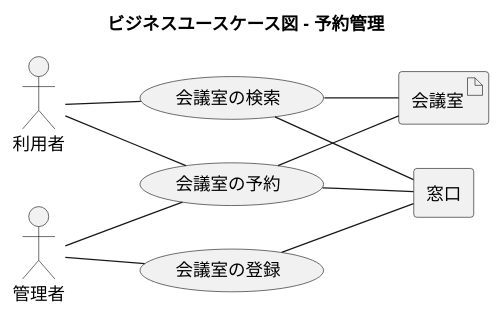
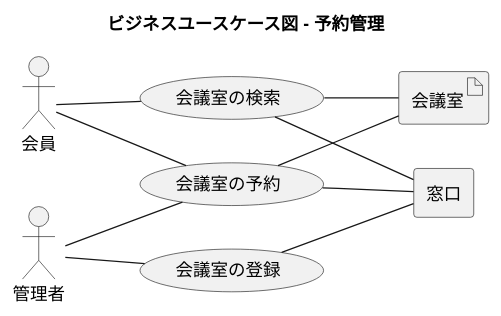
One commit to k2works/case-study-mrs changed the fifth of 19 diagrams in docs/index.adoc. Above: the diagram before and after it, drawn with PlantUML. The commit also changed other lines of this file and 21 other files, not shown here.

```diff
--- a/docs/index.adoc
+++ b/docs/index.adoc
@@ -149,32 +164,32 @@
 [plantuml]
 ----
 @startuml
 
 title ビジネスユースケース図 - 予約管理
 
 left to right direction
 
-actor 利用者 as ac_01
+actor 会員 as ac_01
 actor 管理者 as ac_02
 
 agent 窓口 as ag_01
 
 usecase 会議室の検索 as uc_01
 usecase 会議室の予約 as uc_02
 usecase 会議室の登録 as uc_03
 
 artifact 会議室 as af_01
 
 ac_01 -- (uc_01)
 ac_01 -- (uc_02)
 ac_02 -- (uc_02)
 ac_02 -- (uc_03)
 
 (uc_01) -- af_01
 (uc_01) -- ag_01
 (uc_02) -- af_01
 (uc_02) -- ag_01
 (uc_03) -- ag_01
 
 @enduml
 ----
```
